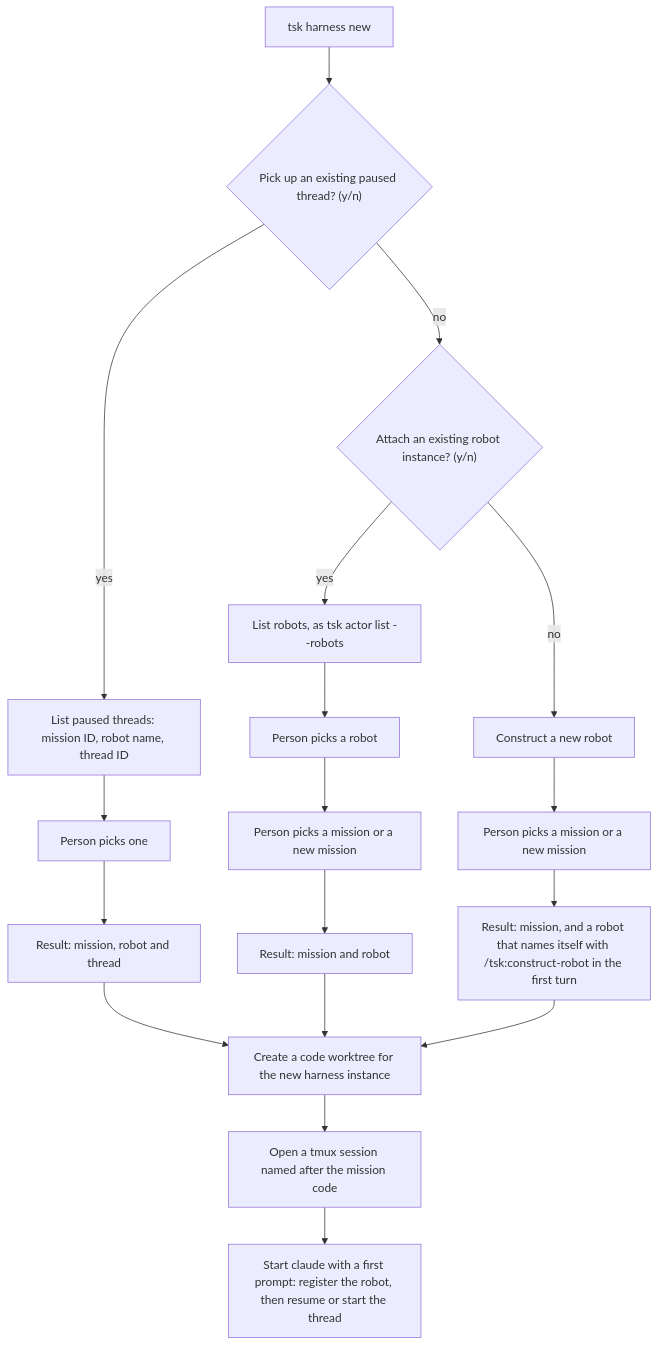
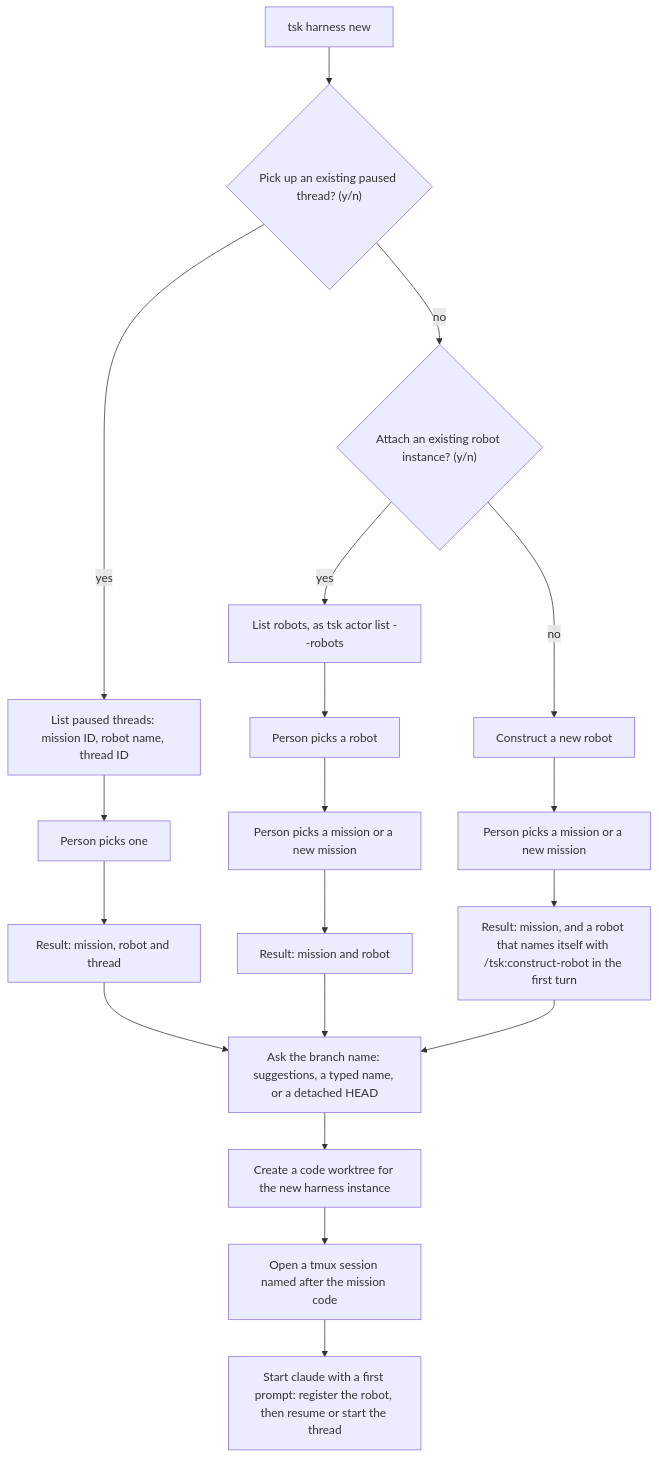
One commit to jimbarritt/tsk changed the fourth of 5 diagrams in docs/design/session-and-harness-flows.md. Above: the diagram before and after it, drawn with Mermaid. The commit also changed other lines of this file and 26 other files, not shown here.

First line of the commit message:
Harness branch question, detached pauses, tmux session options, tmux-free tests

````diff
--- a/docs/design/session-and-harness-flows.md
+++ b/docs/design/session-and-harness-flows.md
@@ -140,20 +140,21 @@
 ```mermaid
 flowchart TD
     A[tsk harness new] --> B{"Pick up an existing paused thread? (y/n)"}
     B -->|yes| C["List paused threads: mission ID, robot name, thread ID"]
     C --> D[Person picks one]
     D --> E[Result: mission, robot and thread]
     B -->|no| F{"Attach an existing robot instance? (y/n)"}
     F -->|yes| G["List robots, as tsk actor list --robots"]
     G --> H[Person picks a robot]
     H --> I[Person picks a mission or a new mission]
     I --> J[Result: mission and robot]
     F -->|no| K[Construct a new robot]
     K --> L[Person picks a mission or a new mission]
     L --> M["Result: mission, and a robot that names itself with /tsk:construct-robot in the first turn"]
-    E --> N[Create a code worktree for the new harness instance]
-    J --> N
-    M --> N
+    E --> Q["Ask the branch name: suggestions, a typed name, or a detached HEAD"]
+    J --> Q
+    M --> Q
+    Q --> N[Create a code worktree for the new harness instance]
     N --> O[Open a tmux session named after the mission code]
     O --> P["Start claude with a first prompt: register the robot, then resume or start the thread"]
 ```
````
